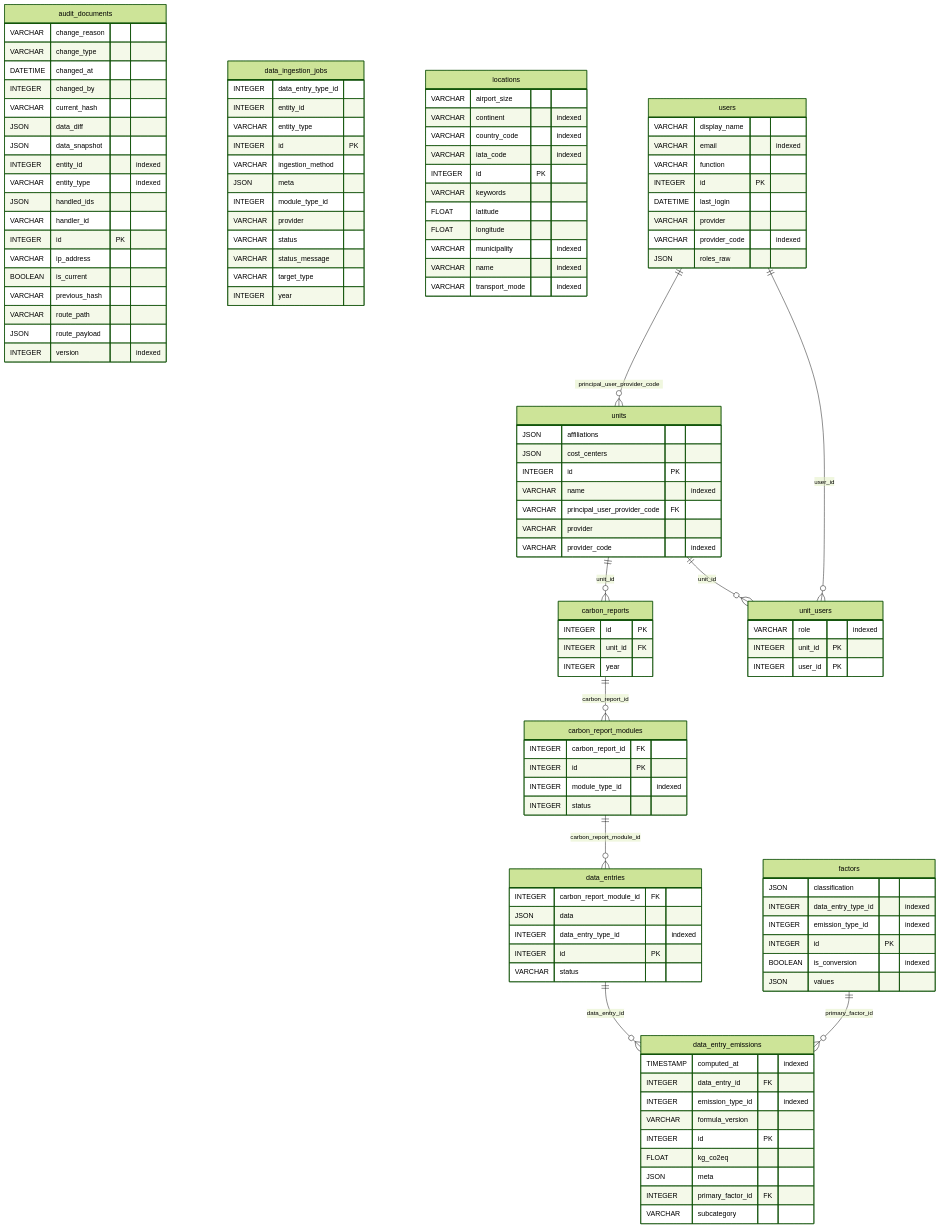
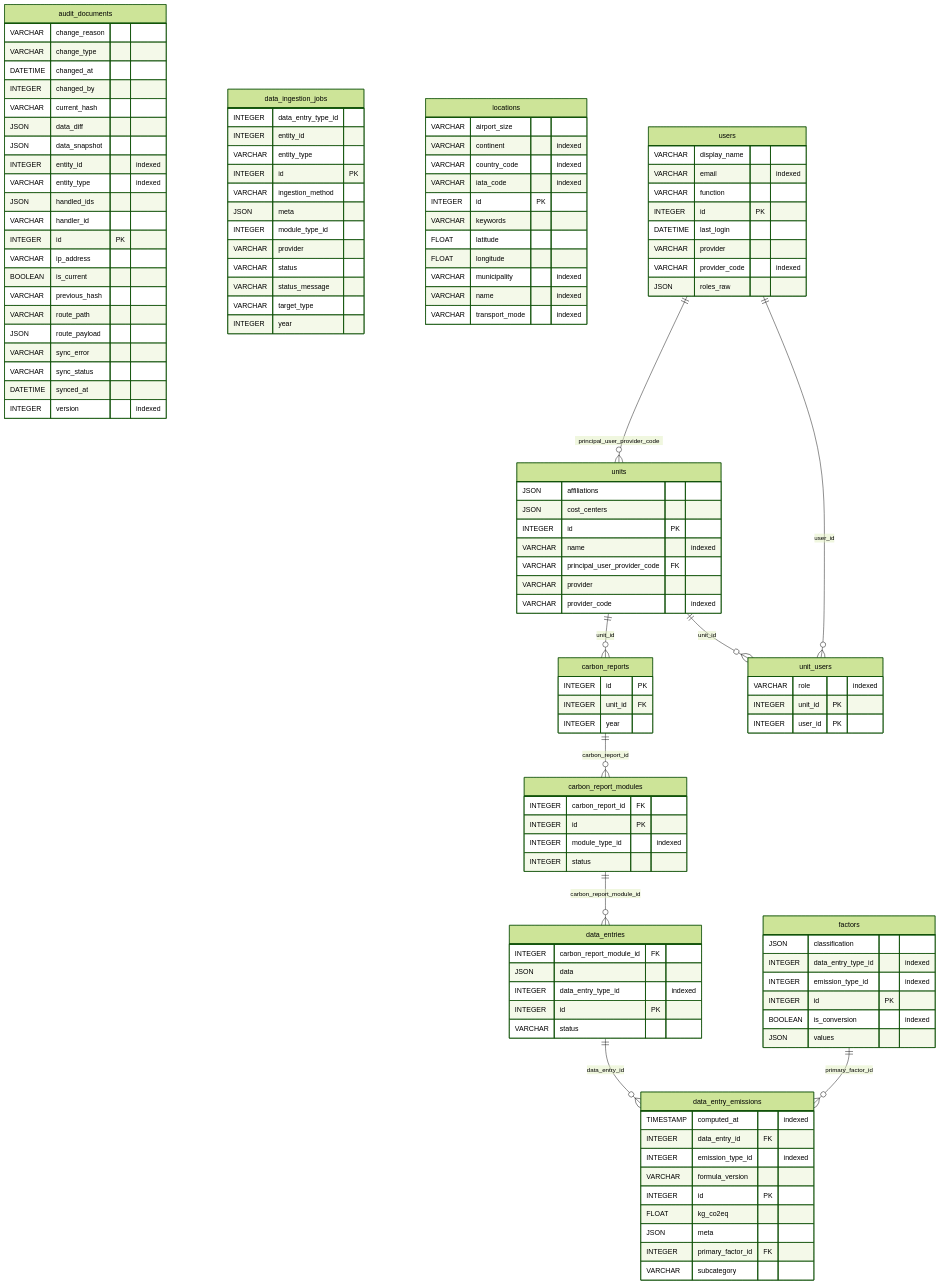
The diagram in docs/src/database/erd.md (EPFL-ENAC/co2-calculator), drawn with Mermaid (forest theme) before and after one commit. The commit also changed 32 other files, not shown here.

```diff
--- a/docs/src/database/erd.md
+++ b/docs/src/database/erd.md
@@ -20,6 +20,9 @@
     VARCHAR previous_hash
     VARCHAR route_path
     JSON route_payload
+    VARCHAR sync_error
+    VARCHAR sync_status
+    DATETIME synced_at
     INTEGER version "indexed"
   }
   carbon_report_modules {
```
